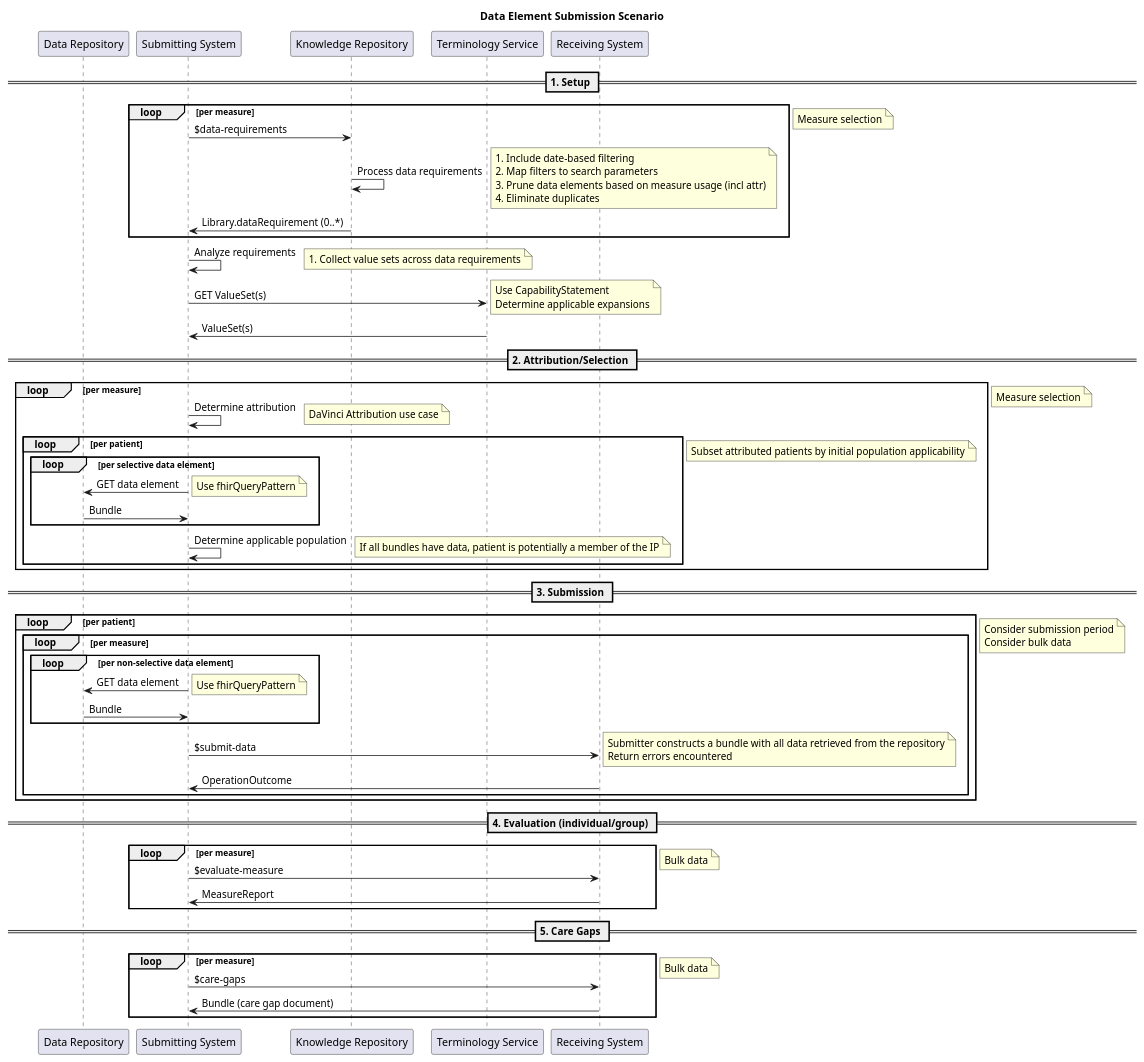
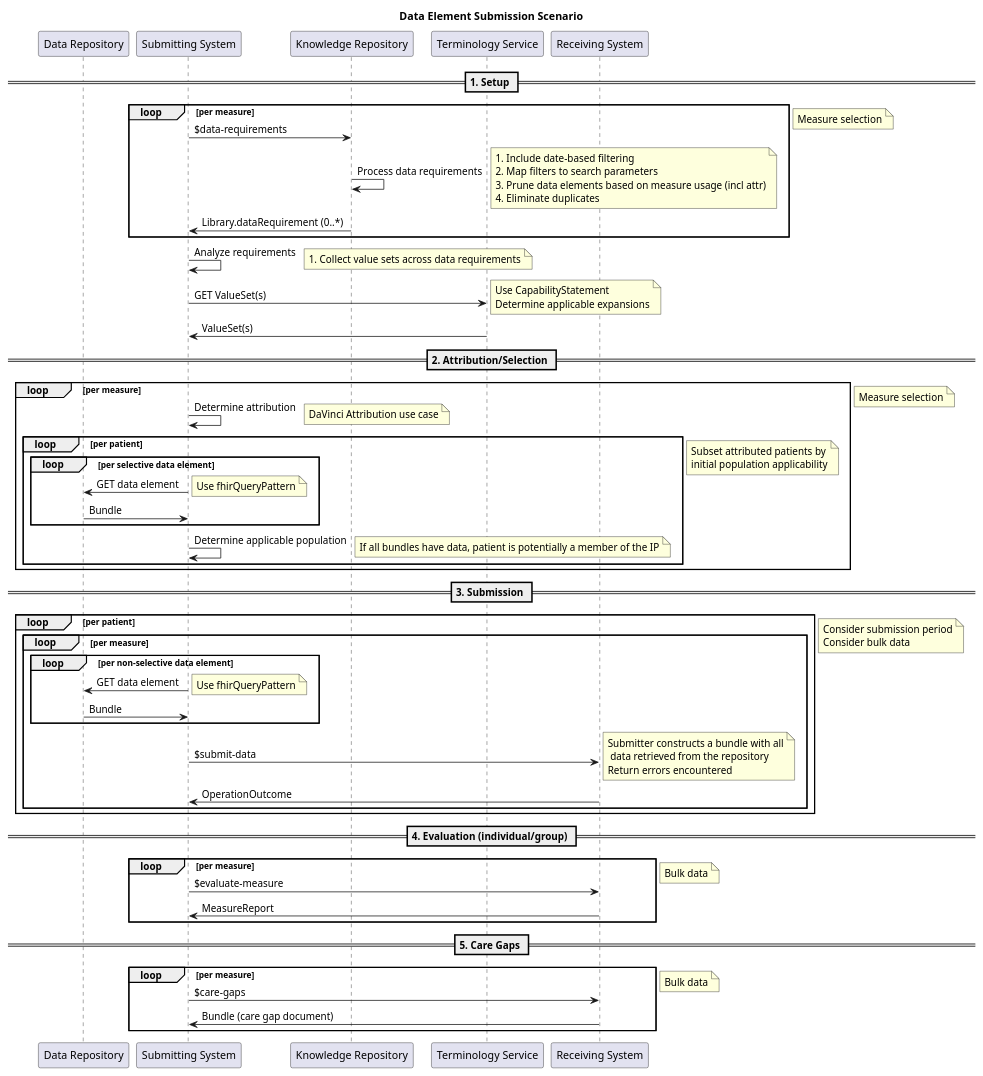
Before and after one commit to HL7/cqf-measures: the diagram in archived/diagrams/data-element-submission.puml, drawn with PlantUML. The commit also changed 1 other file, not shown here.

Commit message:
Cleaned up formatting of sequence diagram

```diff
--- a/archived/diagrams/data-element-submission.puml
+++ b/archived/diagrams/data-element-submission.puml
@@ -1,68 +1,68 @@
 @startuml Data_Element_Submission_Scenario
 title Data Element Submission Scenario
 participant "Data Repository" as DR
 participant "Submitting System" as Submitter
 participant "Knowledge Repository" as KR
 participant "Terminology Service" as TS
 participant "Receiving System" as Receiver
 
 == 1. Setup ==
 loop per measure
     Submitter -> KR: $data-requirements
     KR -> KR: Process data requirements
     note right: 1. Include date-based filtering\n2. Map filters to search parameters\n3. Prune data elements based on measure usage (incl attr)\n4. Eliminate duplicates
     KR -> Submitter: Library.dataRequirement (0..*)
 end
 note right: Measure selection
 Submitter -> Submitter: Analyze requirements
 note right: 1. Collect value sets across data requirements
 Submitter -> TS: GET ValueSet(s)
 note right: Use CapabilityStatement\nDetermine applicable expansions
 TS -> Submitter: ValueSet(s)
 
 == 2. Attribution/Selection ==
 loop per measure
     Submitter -> Submitter: Determine attribution
     note right: DaVinci Attribution use case
     loop per patient
         loop per selective data element
             Submitter -> DR: GET data element
             note right: Use fhirQueryPattern
             DR -> Submitter: Bundle
         end
         Submitter -> Submitter: Determine applicable population
         note right: If all bundles have data, patient is potentially a member of the IP
     end
-    note right: Subset attributed patients by initial population applicability
+    note right: Subset attributed patients by\ninitial population applicability
 end
 note right: Measure selection
 
 == 3. Submission ==
 loop per patient
     loop per measure
         loop per non-selective data element
             Submitter -> DR: GET data element
             note right: Use fhirQueryPattern
             DR -> Submitter: Bundle
         end
         Submitter -> Receiver: $submit-data
-        note right: Submitter constructs a bundle with all data retrieved from the repository\nReturn errors encountered
+        note right: Submitter constructs a bundle with all\n data retrieved from the repository\nReturn errors encountered
         Receiver -> Submitter: OperationOutcome
     end
 end
 note right: Consider submission period\nConsider bulk data
 
 == 4. Evaluation (individual/group) ==
 loop per measure
     Submitter -> Receiver: $evaluate-measure
     Receiver -> Submitter: MeasureReport
 end
 note right: Bulk data
 
 == 5. Care Gaps ==
 loop per measure
     Submitter -> Receiver: $care-gaps
     Receiver -> Submitter: Bundle (care gap document)
 end
 note right: Bulk data
 @enduml
```
